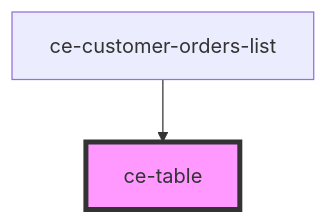
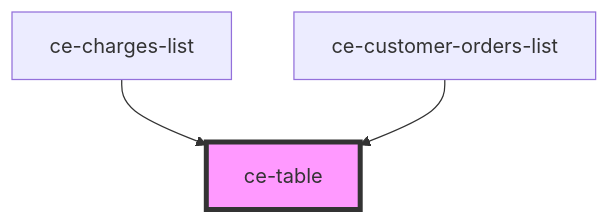
The diagram in packages/components/src/components/ui/table/readme.md (surecart/surecart-wp-plugin), drawn with Mermaid before and after one commit. The commit also changed other lines of this file and 101 other files, not shown here.

````diff
--- a/packages/components/src/components/ui/table/readme.md
+++ b/packages/components/src/components/ui/table/readme.md
@@ -15,5 +16,6 @@
 ```mermaid
 graph TD;
+  ce-charges-list --> ce-table
   ce-customer-orders-list --> ce-table
   style ce-table fill:#f9f,stroke:#333,stroke-width:4px
 ```
````
